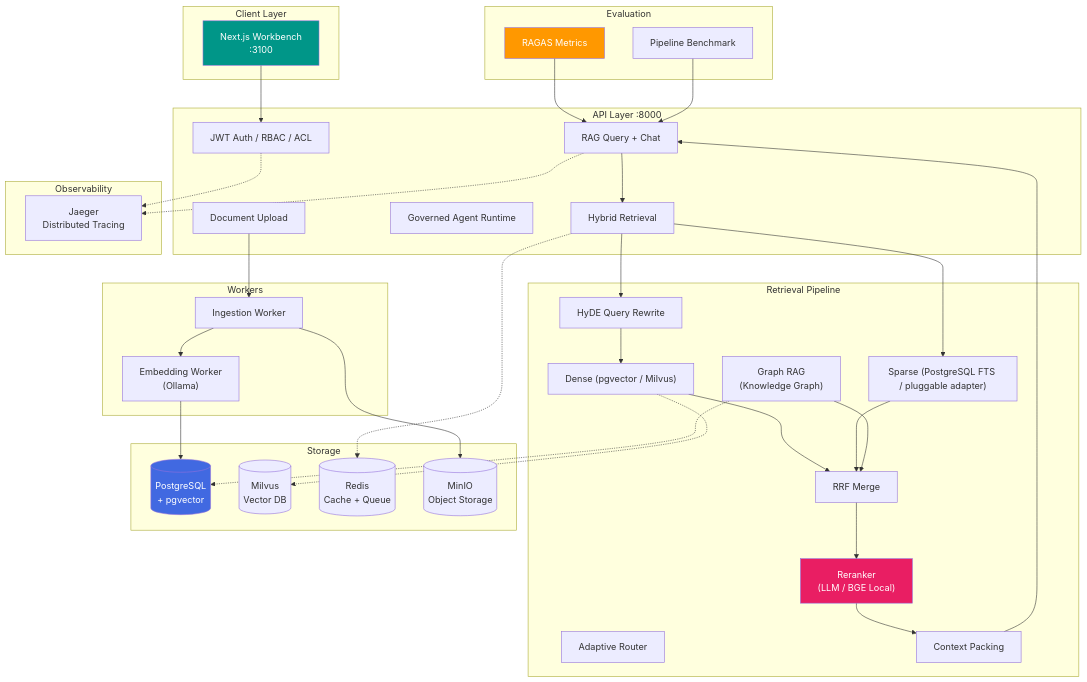
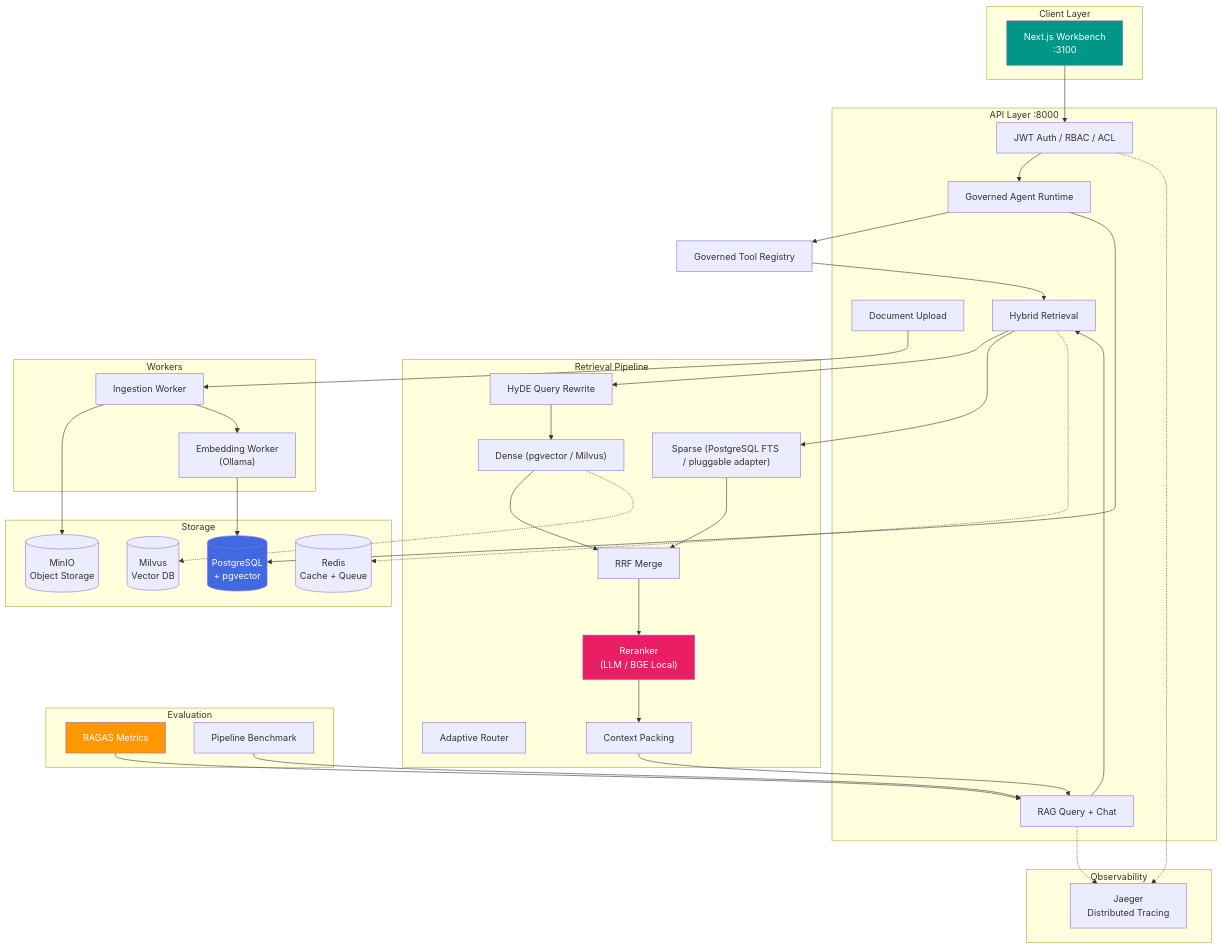
Before and after one commit to chyinan/AegisRAG: the diagram in README.md, drawn with Mermaid. The commit also changed other lines of this file and 200 other files, not shown here.

First line of the commit message:
feat: complete framework parity and governed agent recovery

````diff
--- a/README.md
+++ b/README.md
@@ -56,71 +56,72 @@
 ```mermaid
 graph TB
     subgraph "Client Layer"
         Web["Next.js Workbench<br/>:3100"]
     end
 
     subgraph "API Layer :8000"
         Auth["JWT Auth / RBAC / ACL"]
         Upload["Document Upload"]
         Query["RAG Query + Chat"]
         Agent["Governed Agent Runtime"]
         Retrieve["Hybrid Retrieval"]
     end
 
     subgraph "Retrieval Pipeline"
         Rewrite["HyDE Query Rewrite"]
         Route["Adaptive Router"]
         Dense["Dense (pgvector / Milvus)"]
         Sparse["Sparse (PostgreSQL FTS / pluggable adapter)"]
-        Graph["Graph RAG<br/>(Knowledge Graph)"]
         RRF["RRF Merge"]
         Rerank["Reranker<br/>(LLM / BGE Local)"]
         Pack["Context Packing"]
     end
 
     subgraph "Storage"
         PG[("PostgreSQL<br/>+ pgvector")]
         Milvus[("Milvus<br/>Vector DB")]
         Redis[("Redis<br/>Cache + Queue")]
         MinIO[("MinIO<br/>Object Storage")]
     end
 
     subgraph "Workers"
         Ingestion["Ingestion Worker"]
         Embedding["Embedding Worker<br/>(Ollama)"]
     end
 
     subgraph "Evaluation"
         RAGAS["RAGAS Metrics"]
         Benchmark["Pipeline Benchmark"]
     end
 
     subgraph "Observability"
         Jaeger["Jaeger<br/>Distributed Tracing"]
     end
 
     Web --> Auth
     Upload --> Ingestion
     Ingestion --> MinIO
     Ingestion --> Embedding
     Embedding --> PG
+    Auth --> Agent
+    Agent --> Registry["Governed Tool Registry"]
+    Registry --> Retrieve
+    Agent --> PG
     Query --> Retrieve
     Retrieve --> Rewrite --> Dense
     Retrieve --> Sparse
     Dense --> RRF
     Sparse --> RRF
-    Graph --> RRF
     RRF --> Rerank --> Pack --> Query
     Retrieve -.-> Redis
     Dense -.-> Milvus
-    Graph -.-> PG
     RAGAS --> Query
     Benchmark --> Query
     Auth -.-> Jaeger
     Query -.-> Jaeger
 
     style Web fill:#009688,color:#fff
     style Rerank fill:#e91e63,color:#fff
     style RAGAS fill:#ff9800,color:#fff
     style PG fill:#4169E1,color:#fff
 ```
````
